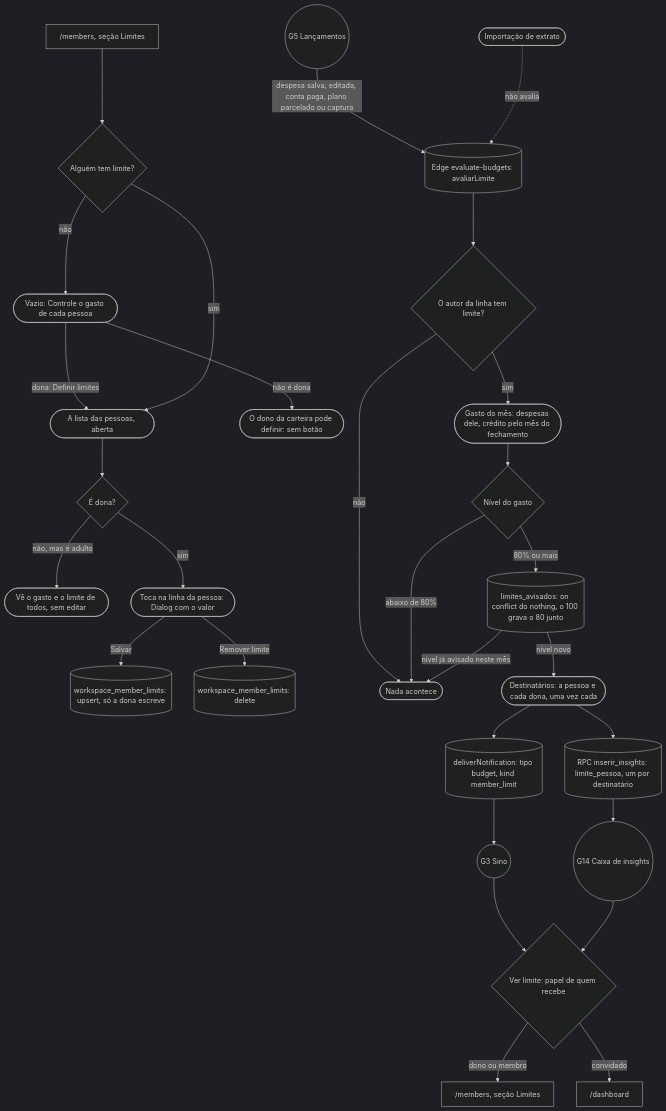
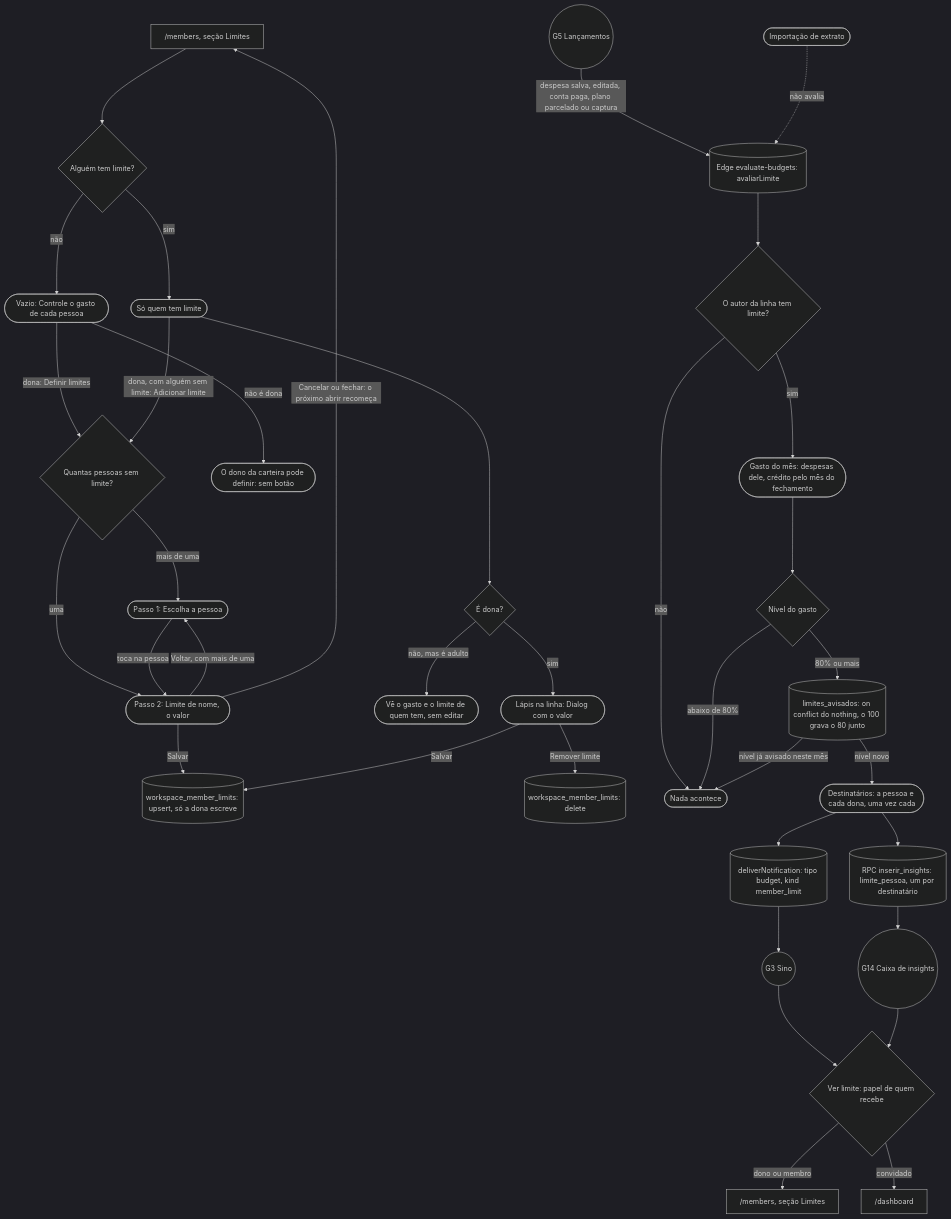
Diagram 24 of 32 in docs/JORNADAS.md (kauax2000/finance_app), drawn with Mermaid before and after one commit. The commit also changed other lines of this file and 7 other files, not shown here.

Commit message:
feat(membros): Limites com subtítulo solto e adicionar em dois passos

````diff
--- a/docs/JORNADAS.md
+++ b/docs/JORNADAS.md
@@ -1750,33 +1750,40 @@
 ```mermaid
 %%{init: {"theme": "dark"}}%%
 flowchart TD
     members["/members, seção Limites"] --> temAlgum{"Alguém tem limite?"}
     temAlgum -->|"não"| convite(["Vazio: Controle o gasto de cada pessoa"])
-    convite -->|"dona: Definir limites"| lista(["A lista das pessoas, aberta"])
+    convite -->|"dona: Definir limites"| adicionar{"Quantas pessoas sem limite?"}
     convite -->|"não é dona"| semAcao(["O dono da carteira pode definir: sem botão"])
-    temAlgum -->|"sim"| lista
+    temAlgum -->|"sim"| lista(["Só quem tem limite"])
+    lista -->|"dona, com alguém sem limite: Adicionar limite"| adicionar
+    adicionar -->|"mais de uma"| passo1(["Passo 1: Escolha a pessoa"])
+    adicionar -->|"uma"| passo2(["Passo 2: Limite de nome, o valor"])
+    passo1 -->|"toca na pessoa"| passo2
+    passo2 -->|"Voltar, com mais de uma"| passo1
+    passo2 -->|"Salvar"| grava
+    passo2 -->|"Cancelar ou fechar: o próximo abrir recomeça"| members
     lista --> isOwner{"É dona?"}
-    isOwner -->|"não, mas é adulto"| leitura(["Vê o gasto e o limite de todos, sem editar"])
-    isOwner -->|"sim"| formLim(["Toca na linha da pessoa: Dialog com o valor"])
+    isOwner -->|"não, mas é adulto"| leitura(["Vê o gasto e o limite de quem tem, sem editar"])
+    isOwner -->|"sim"| formLim(["Lápis na linha: Dialog com o valor"])
     formLim -->|"Salvar"| grava[("workspace_member_limits: upsert, só a dona escreve")]
     formLim -->|"Remover limite"| tira[("workspace_member_limits: delete")]
 
     G5(("G5 Lançamentos")) -->|"despesa salva, editada, conta paga, plano parcelado ou captura"| avalia[("Edge evaluate-budgets: avaliarLimite")]
     imp(["Importação de extrato"]) -.->|"não avalia"| avalia
     avalia --> temLim{"O autor da linha tem limite?"}
     temLim -->|"não"| nada(["Nada acontece"])
     temLim -->|"sim"| gasto(["Gasto do mês: despesas dele, crédito pelo mês do fechamento"])
     gasto --> nivel{"Nível do gasto"}
     nivel -->|"abaixo de 80%"| nada
     nivel -->|"80% ou mais"| reivindica[("limites_avisados: on conflict do nothing, o 100 grava o 80 junto")]
     reivindica -->|"nível já avisado neste mês"| nada
     reivindica -->|"nível novo"| quem(["Destinatários: a pessoa e cada dona, uma vez cada"])
     quem --> insight[("RPC inserir_insights: limite_pessoa, um por destinatário")]
     quem --> notif[("deliverNotification: tipo budget, kind member_limit")]
     insight --> caixa(("G14 Caixa de insights"))
     notif --> sino(("G3 Sino"))
     sino --> destino{"Ver limite: papel de quem recebe"}
     caixa --> destino
     destino -->|"dono ou membro"| lim["/members, seção Limites"]
     destino -->|"convidado"| dash["/dashboard"]
 ```
````
